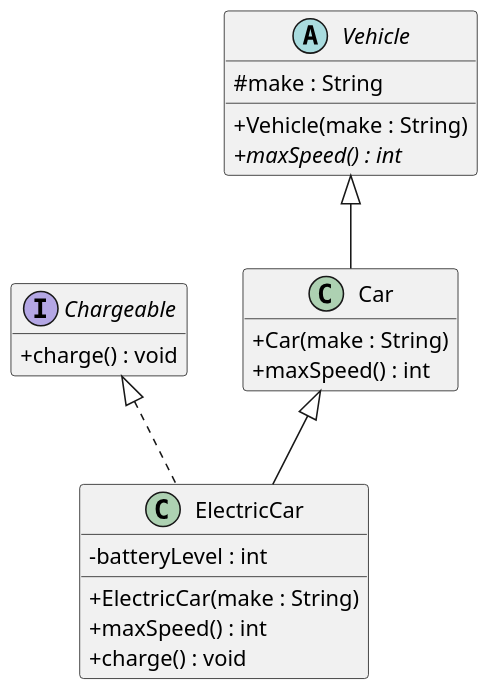
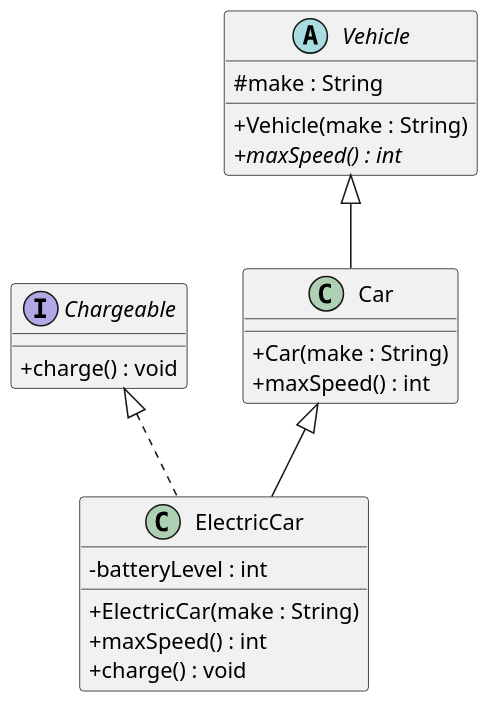
Before and after one commit to kymmt07/207-course-notes: the diagram in plantuml/exercises/vehicles-uml-starter.puml, drawn with PlantUML.

Commit message:
vehicles exercise fix 3

```diff
--- a/plantuml/exercises/vehicles-uml-starter.puml
+++ b/plantuml/exercises/vehicles-uml-starter.puml
@@ -1,52 +1,51 @@
 @startuml
 skinparam dpi 150
 skinparam classAttributeIconSize 0
-hide empty members
 
 
 ' Your task (Chapter 3, Question 2): draw the UML class diagram for the
 ' Vehicle / Car / ElectricCar / Chargeable code.
 '
 ' Define each type as a box, then connect them with the right arrows. One box
 ' (Chargeable) is filled in as an example — complete the other three and add the
 ' relationships.
 '
 ' PlantUML cheat-sheet:
 '   interface Name { + method() : Type }
 '   abstract class Name { # field : Type }
 '   class Name { - field : Type }
 '   Parent    <|-- Child    ' generalization: Child extends Parent
 '   Interface <|.. Class    ' realization:    Class implements Interface
 ' (Putting the parent/interface on the LEFT of the arrow keeps it on top.)
 
 interface Chargeable {
   + charge() : void
 }
 
 ' TODO: add "abstract class Vehicle", "class Car", and "class ElectricCar"
 '       (with their fields and methods), then add the arrows between all four
 '       types.
 abstract class Vehicle {
     # make : String
     + Vehicle(make : String)
     + {abstract} maxSpeed() : int
 }
 
 class Car {
     + Car(make : String)
     + maxSpeed() : int
 }
 
 class ElectricCar {
     - batteryLevel : int
     + ElectricCar(make : String)
     + maxSpeed() : int
     + charge() : void
 }
 
 
 Vehicle <|-- Car
 Car <|-- ElectricCar
 Chargeable <|.. ElectricCar
 
 @enduml
```
